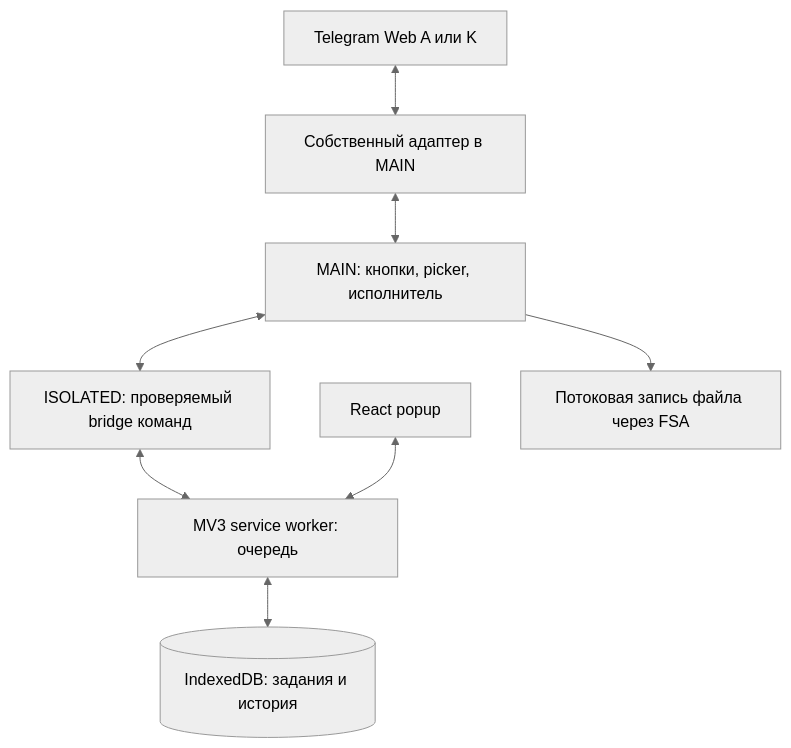
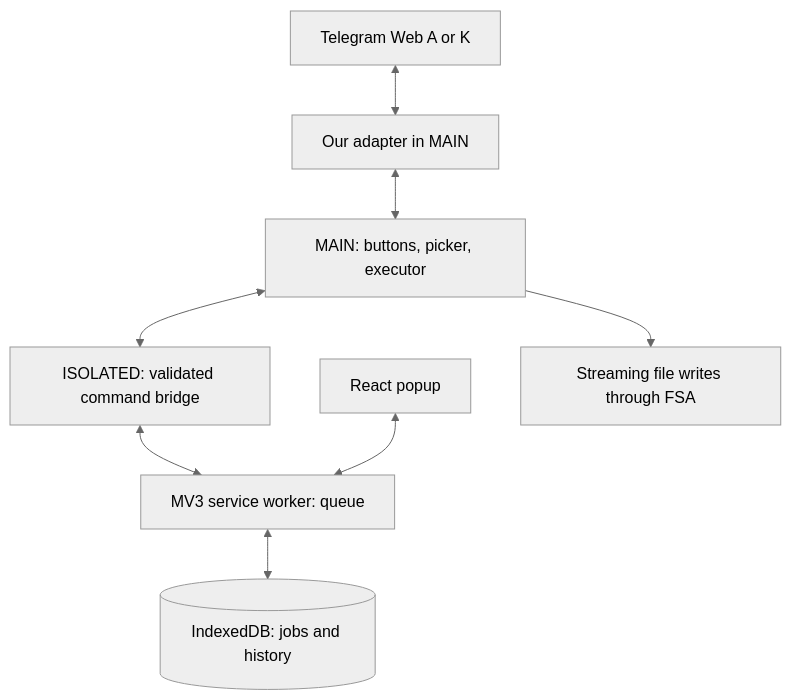
One commit to alex100cent/telegram-all-downloader changed the diagram in PLAN.md. Above: the diagram before and after it, drawn with Mermaid (neutral theme). The commit also changed other lines of this file and 13 other files, not shown here.

````diff
--- a/PLAN.md
+++ b/PLAN.md
@@ -197,10 +197,10 @@
 ```mermaid
 flowchart TD
-    Page[Telegram Web A или K] <--> Adapter[Собственный адаптер в MAIN]
-    Adapter <--> Controller[MAIN: кнопки, picker, исполнитель]
-    Controller <--> Content[ISOLATED: проверяемый bridge команд]
-    Content <--> Coordinator[MV3 service worker: очередь]
+    Page[Telegram Web A or K] <--> Adapter[Our adapter in MAIN]
+    Adapter <--> Controller[MAIN: buttons, picker, executor]
+    Controller <--> Content[ISOLATED: validated command bridge]
+    Content <--> Coordinator[MV3 service worker: queue]
     Popup[React popup] <--> Coordinator
-    Coordinator <--> Store[(IndexedDB: задания и история)]
-    Controller --> Disk[Потоковая запись файла через FSA]
+    Coordinator <--> Store[(IndexedDB: jobs and history)]
+    Controller --> Disk[Streaming file writes through FSA]
 ```
````
